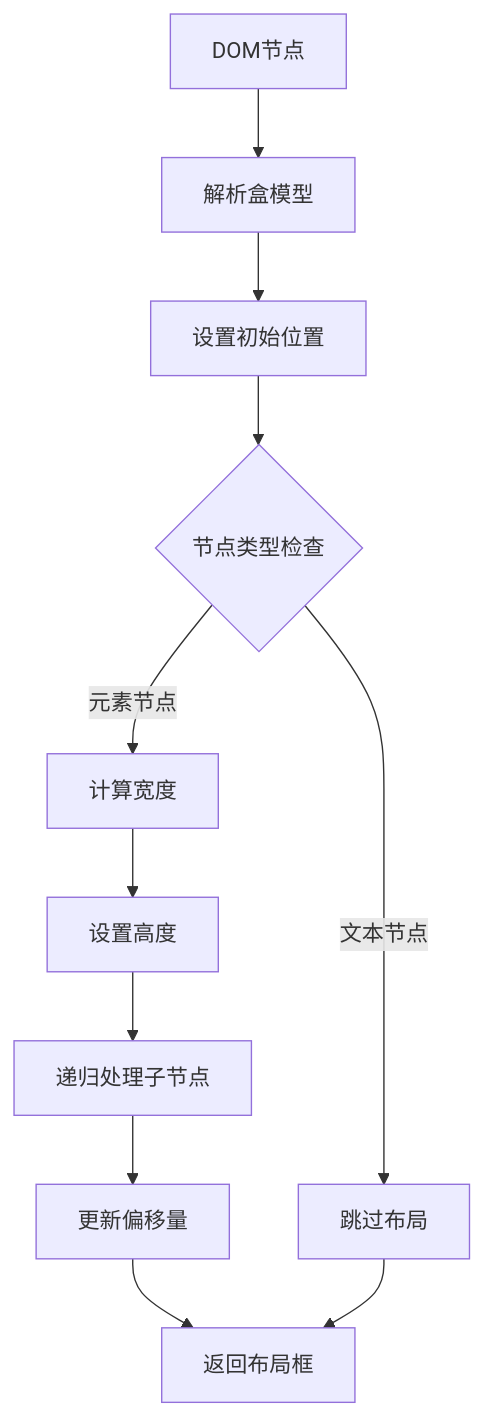
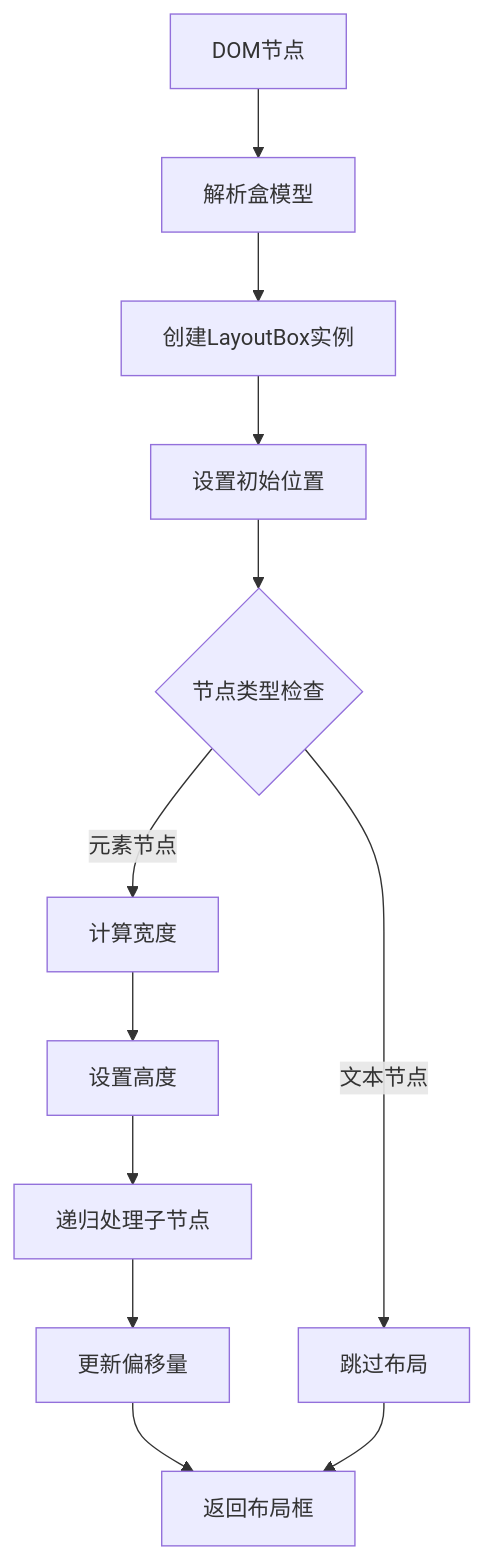
Before and after one commit to itszzl-sudo/iris: diagram 11 of 18 in .qoder/repowiki/zh/content/技术架构详解/布局样式系统/iris-layout布局引擎/iris-layout布局引擎.md, drawn with Mermaid. The commit also changed other lines of this file and 23 other files, not shown here.

````diff
--- a/.qoder/repowiki/zh/content/技术架构详解/布局样式系统/iris-layout布局引擎/iris-layout布局引擎.md
+++ b/.qoder/repowiki/zh/content/技术架构详解/布局样式系统/iris-layout布局引擎/iris-layout布局引擎.md
@@ -444,13 +447,14 @@
 ```mermaid
 flowchart TD
 A[DOM节点] --> B[解析盒模型]
-B --> C[设置初始位置]
-C --> D{节点类型检查}
-D --> |元素节点| E[计算宽度]
-D --> |文本节点| F[跳过布局]
-E --> G[设置高度]
-G --> H[递归处理子节点]
-H --> I[更新偏移量]
-I --> J[返回布局框]
-F --> J
+B --> C[创建LayoutBox实例]
+C --> D[设置初始位置]
+D --> E{节点类型检查}
+E --> |元素节点| F[计算宽度]
+E --> |文本节点| G[跳过布局]
+F --> H[设置高度]
+H --> I[递归处理子节点]
+I --> J[更新偏移量]
+J --> K[返回布局框]
+G --> K
 ```
````
